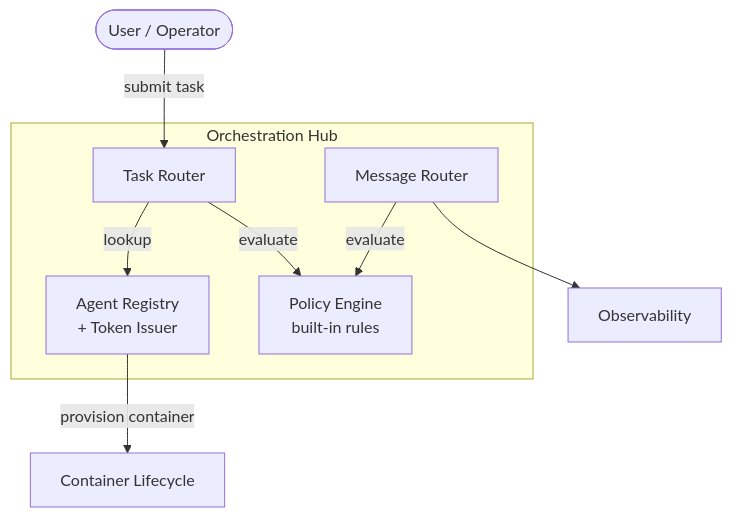
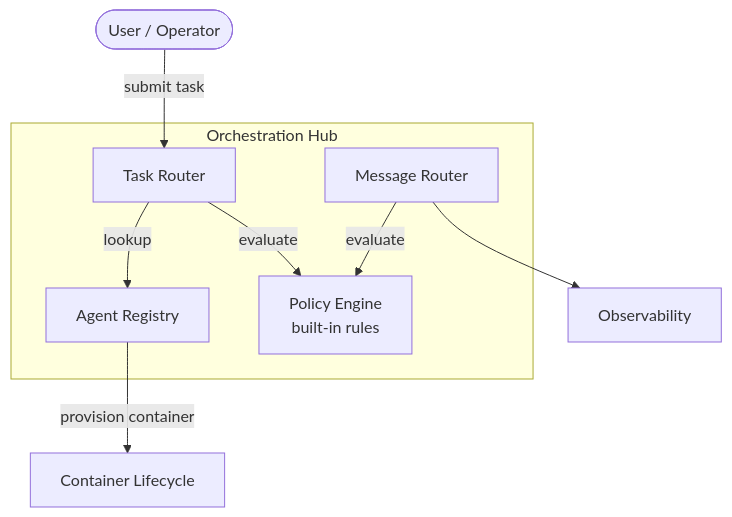
The first of 3 diagrams in docs/persona_agentic/PHASE_1/arch-orchestration.md (neverprepared/ink-bunny), drawn with Mermaid before and after one commit. The commit also changed other lines of this file and 17 other files, not shown here.

````diff
--- a/docs/persona_agentic/PHASE_1/arch-orchestration.md
+++ b/docs/persona_agentic/PHASE_1/arch-orchestration.md
@@ -7,21 +7,21 @@
 ```mermaid
 graph TD
     User([User / Operator])
 
     subgraph Orchestration["Orchestration Hub"]
         TaskRouter[Task Router]
-        AgentRegistry[Agent Registry<br/>+ Token Issuer]
+        AgentRegistry[Agent Registry]
         PolicyEngine[Policy Engine<br/>built-in rules]
         MessageRouter[Message Router]
 
         TaskRouter -->|lookup| AgentRegistry
         TaskRouter -->|evaluate| PolicyEngine
         MessageRouter -->|evaluate| PolicyEngine
     end
 
     Observe[Observability]
 
     User -->|submit task| TaskRouter
     AgentRegistry -->|provision container| Container[Container Lifecycle]
     MessageRouter --> Observe
 ```
````
